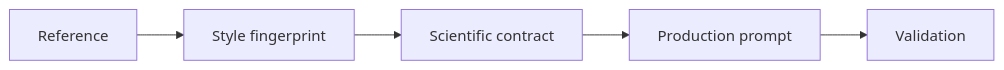
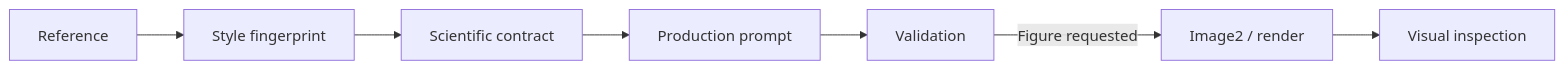
The diagram in README.md (kikixiong/craft-scientific-figure-prompts), drawn with Mermaid before and after one commit. The commit also changed other lines of this file and 5 other files, not shown here.

Commit message:
Add staged prompt-to-image generation and visual inspection

````diff
--- a/README.md
+++ b/README.md
@@ -56,7 +58,9 @@
 ```mermaid
 flowchart LR
     A[Reference] --> B[Style fingerprint]
     B --> C[Scientific contract]
     C --> D[Production prompt]
     D --> E[Validation]
+    E -->|Figure requested| F[Image2 / render]
+    F --> G[Visual inspection]
 ```
````
